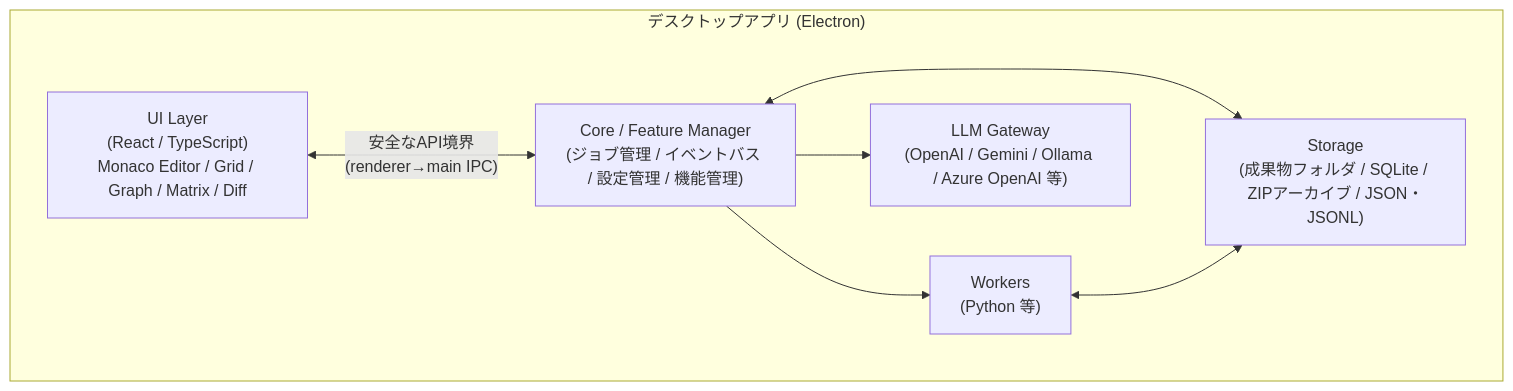
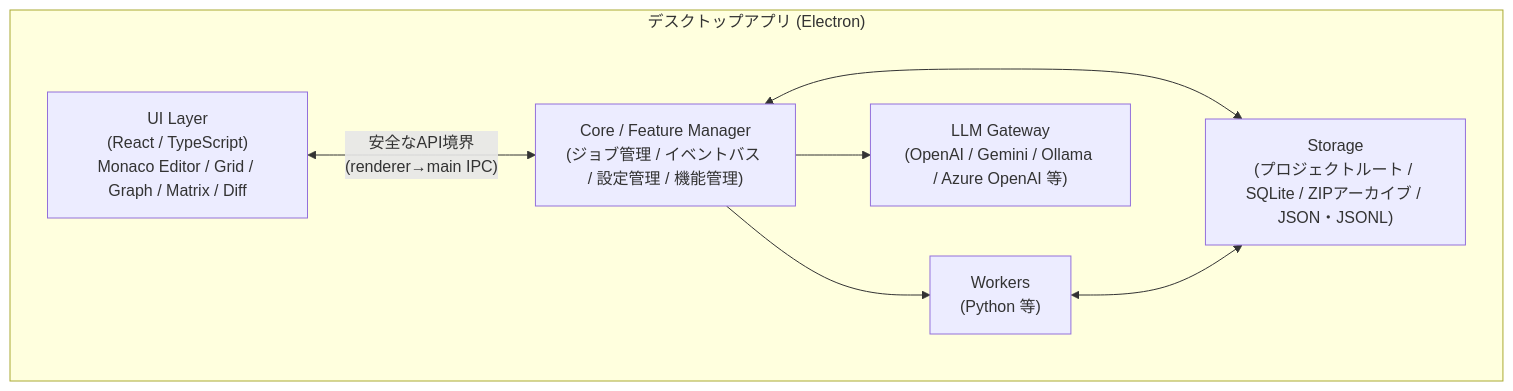
One commit to kfuruichi0920/d2d changed the second of 2 diagrams in docs/srs.md. Above: the diagram before and after it, drawn with Mermaid. The commit also changed other lines of this file and 7 other files, not shown here.

````diff
--- a/docs/srs.md
+++ b/docs/srs.md
@@ -170,16 +171,16 @@
 ```mermaid
 graph TD
     subgraph App["デスクトップアプリ (Electron)"]
         UI["UI Layer\n(React / TypeScript)\nMonaco Editor / Grid / Graph / Matrix / Diff"]
         CORE["Core / Feature Manager\n(ジョブ管理 / イベントバス / 設定管理 / 機能管理)"]
         WORKER["Workers\n(Python 等)"]
-        STORE["Storage\n(成果物フォルダ / SQLite / ZIPアーカイブ / JSON・JSONL)"]
+        STORE["Storage\n(プロジェクトルート / SQLite / ZIPアーカイブ / JSON・JSONL)"]
         GW["LLM Gateway\n(OpenAI / Gemini / Ollama / Azure OpenAI 等)"]
     end
 
     UI <-->|"安全なAPI境界\n(renderer→main IPC)"| CORE
     CORE --> WORKER
     CORE <--> STORE
     CORE --> GW
     WORKER <--> STORE
 ```
````
